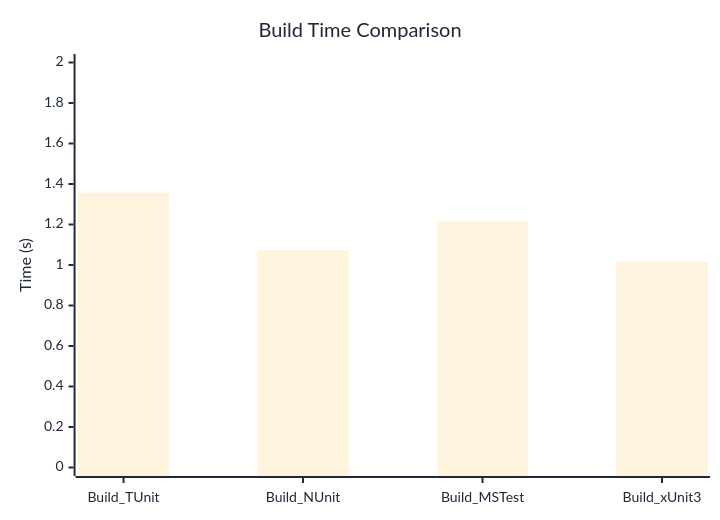
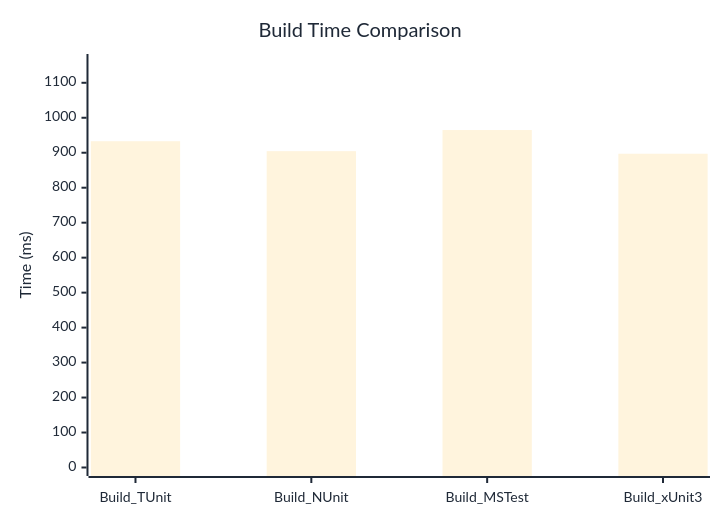
The diagram in docs/docs/benchmarks/engine/BuildTime.md (thomhurst/TUnit), drawn with Mermaid before and after one commit. The commit also changed other lines of this file and 18 other files, not shown here.

````diff
--- a/docs/docs/benchmarks/engine/BuildTime.md
+++ b/docs/docs/benchmarks/engine/BuildTime.md
@@ -30,37 +30,37 @@
 ```mermaid
 %%{init: {
   'theme':'base',
   'themeVariables': {
     'primaryColor': '#2563eb',
     'primaryTextColor': '#1f2937',
     'primaryBorderColor': '#1e40af',
     'lineColor': '#6b7280',
     'secondaryColor': '#7c3aed',
     'tertiaryColor': '#dc2626',
     'background': '#ffffff',
     'mainBkg': '#2563eb',
     'secondBkg': '#7c3aed',
     'tertiaryBkg': '#dc2626',
     'clusterBkg': '#f3f4f6',
     'edgeLabelBackground': '#ffffff',
     'tertiaryTextColor': '#1f2937',
     'pie1': '#2563eb',
     'pie2': '#7c3aed',
     'pie3': '#dc2626',
     'pie4': '#f59e0b',
     'pie5': '#10b981',
     'pie6': '#06b6d4',
     'pie7': '#ec4899',
     'pie8': '#6366f1',
     'pie9': '#84cc16',
     'pie10': '#f97316',
     'pie11': '#14b8a6',
     'pie12': '#a855f7'
   }
 }}%%
 xychart-beta
   title "Build Time Comparison"
   x-axis ["Build_TUnit", "Build_NUnit", "Build_MSTest", "Build_xUnit3"]
-  y-axis "Time (s)" 0 --> 2
-  bar [1.357, 1.074, 1.218, 1.016]
+  y-axis "Time (ms)" 0 --> 1158
+  bar [932.9, 904.5, 964.9, 897.1]
 ```
````
